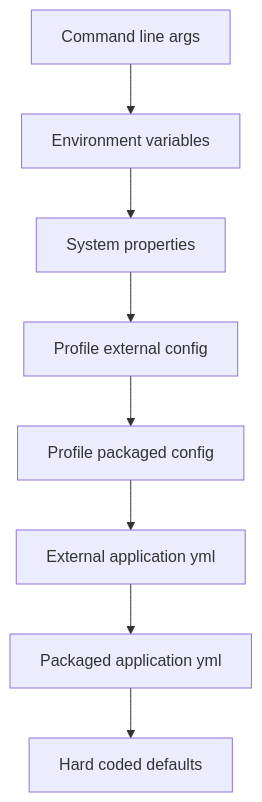
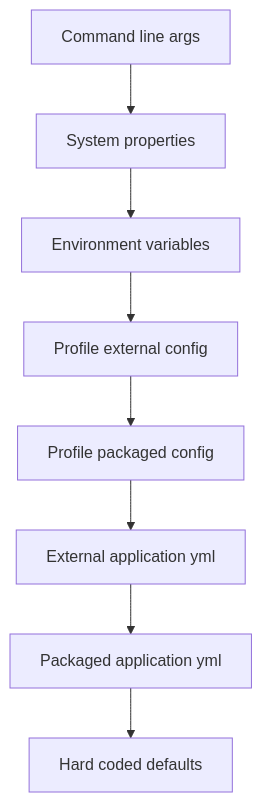
Before and after one commit to ft-abhishekgupta/interview-prep-suite: the first of 2 diagrams in src/content/spring-boot/01-core-spring/03-configuration-and-profiles.md, drawn with Mermaid. The commit also changed other lines of this file and 307 other files, not shown here.

````diff
--- a/src/content/spring-boot/01-core-spring/03-configuration-and-profiles.md
+++ b/src/content/spring-boot/01-core-spring/03-configuration-and-profiles.md
@@ -48,10 +48,10 @@
 ```mermaid
 flowchart TD
-    CLI["Command line args"] --> Env["Environment variables"]
-    Env --> Sys["System properties"]
-    Sys --> ProfExt["Profile external config"]
+    CLI["Command line args"] --> Sys["System properties"]
+    Sys --> Env["Environment variables"]
+    Env --> ProfExt["Profile external config"]
     ProfExt --> ProfJar["Profile packaged config"]
     ProfJar --> Ext["External application yml"]
     Ext --> Jar["Packaged application yml"]
     Jar --> Def["Hard coded defaults"]
 ```
````
